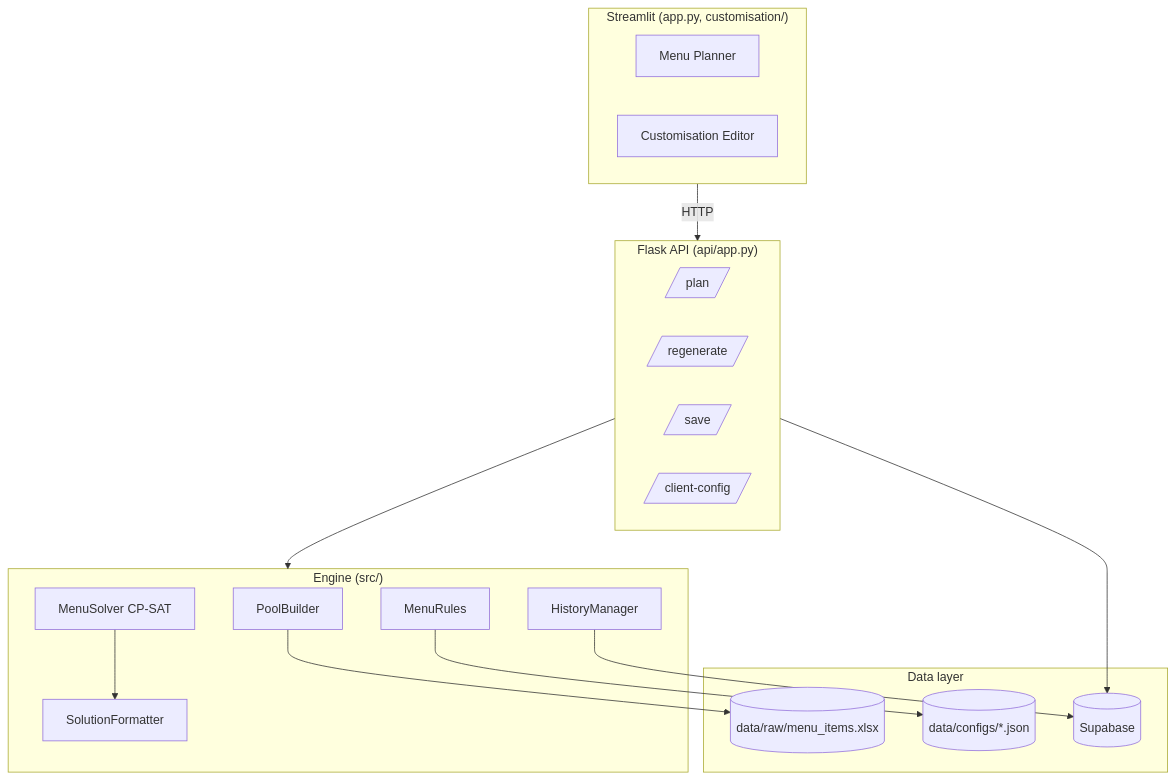
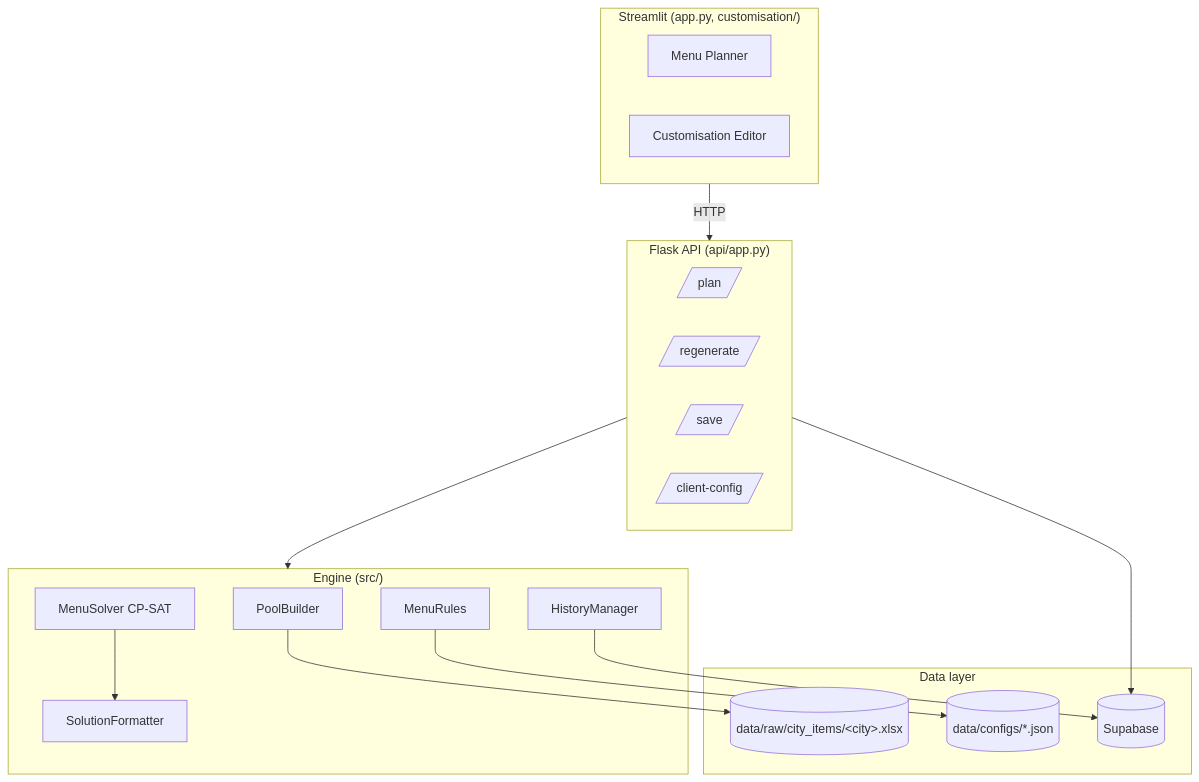
One commit to darshancmpawar/Menu_Engineering_App changed the first of 2 diagrams in ikigai_masala-main/docs/architecture.md. Above: the diagram before and after it, drawn with Mermaid. The commit also changed 30 other files, not shown here.

````diff
--- a/ikigai_masala-main/docs/architecture.md
+++ b/ikigai_masala-main/docs/architecture.md
@@ -3,36 +3,36 @@
 ```mermaid
 graph TD
     subgraph UI ["Streamlit (app.py, customisation/)"]
         MP[Menu Planner]
         CE[Customisation Editor]
     end
 
     subgraph API ["Flask API (api/app.py)"]
         PLAN[/plan/]
         REGEN[/regenerate/]
         SAVE[/save/]
         CONFIG[/client-config/]
     end
 
     subgraph Core ["Engine (src/)"]
         POOLS[PoolBuilder]
         SOLVER[MenuSolver CP-SAT]
         RULES[MenuRules]
         HIST[HistoryManager]
         FMT[SolutionFormatter]
     end
 
     subgraph Data ["Data layer"]
-        XLS[(data/raw/menu_items.xlsx)]
+        XLS[("data/raw/city_items/&lt;city&gt;.xlsx")]
         CFG[(data/configs/*.json)]
         SUPA[(Supabase)]
     end
 
     UI -- HTTP --> API
     API --> Core
     POOLS --> XLS
     RULES --> CFG
     HIST --> SUPA
     SOLVER --> FMT
     API --> SUPA
 ```
````
